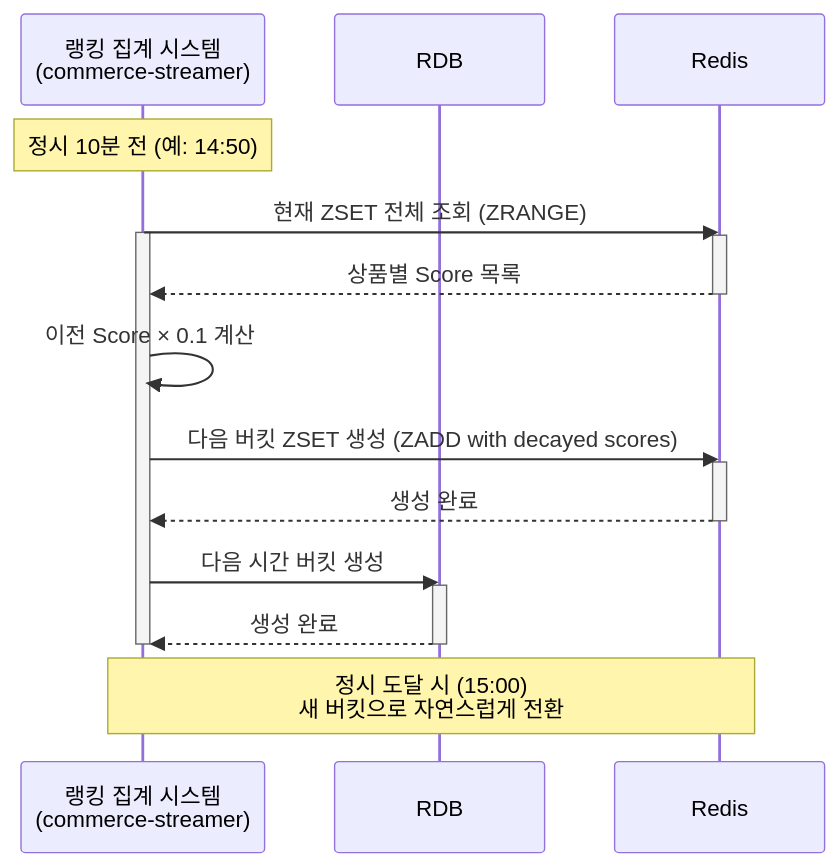
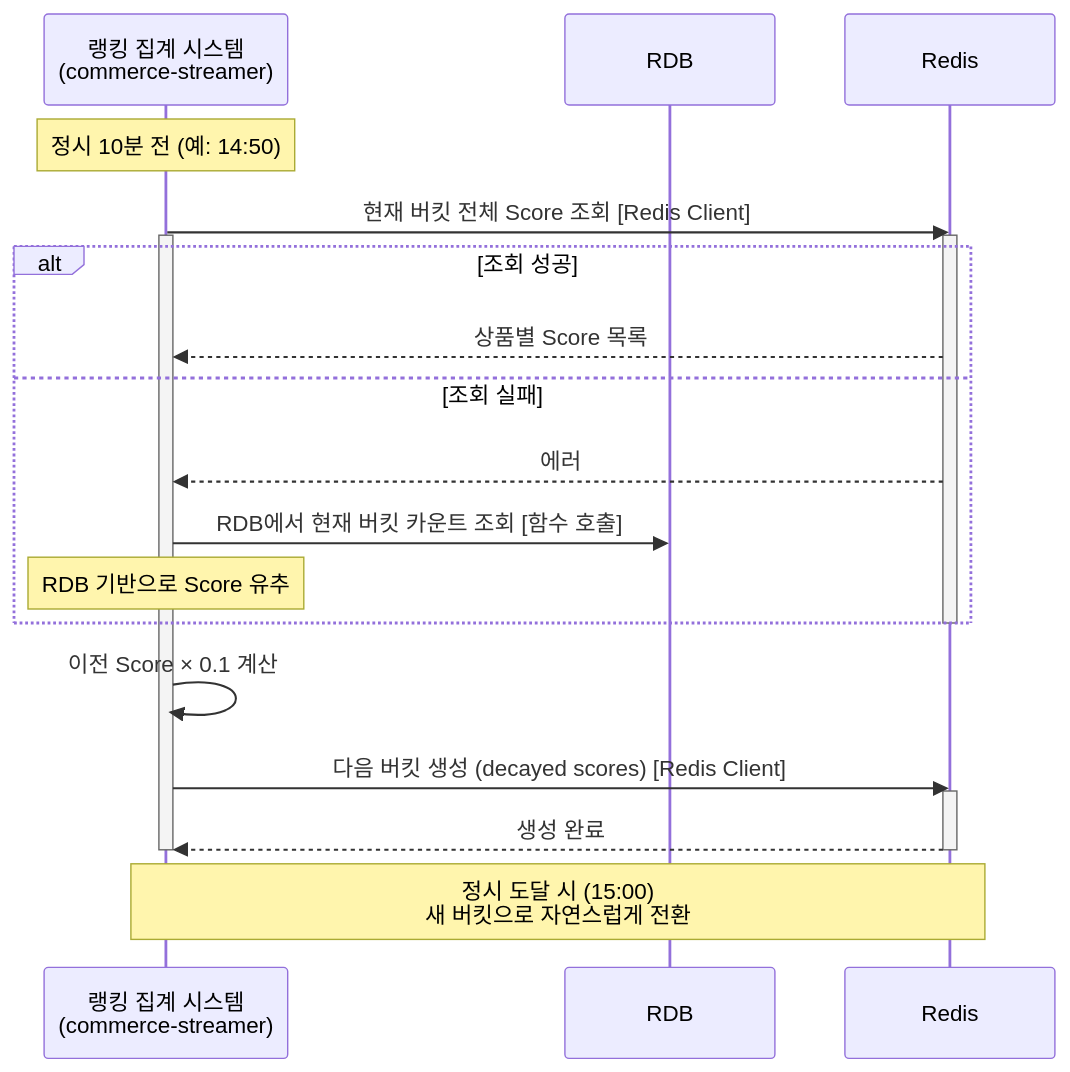
The second of 5 diagrams in docs/week9/solution-design-ranking-system.md (Loopers-dev-lab/loopers-spring-kotlin-template), drawn with Mermaid before and after one commit. The commit also changed other lines of this file and 5 other files, not shown here.

````diff
--- a/docs/week9/solution-design-ranking-system.md
+++ b/docs/week9/solution-design-ranking-system.md
@@ -183,29 +161,31 @@
 ```mermaid
 sequenceDiagram
     participant CS as 랭킹 집계 시스템<br/>(commerce-streamer)
     participant DB as RDB
     participant R as Redis
 
     Note over CS: 정시 10분 전 (예: 14:50)
 
-    CS->>R: 현재 ZSET 전체 조회 (ZRANGE)
+    CS->>R: 현재 버킷 전체 Score 조회 [Redis Client]
     activate CS
     activate R
-    R-->>CS: 상품별 Score 목록
+    
+    alt 조회 성공
+        R-->>CS: 상품별 Score 목록
+    else 조회 실패
+        R-->>CS: 에러
+        CS->>DB: RDB에서 현재 버킷 카운트 조회 [함수 호출]
+        Note over CS: RDB 기반으로 Score 유추
+    end
     deactivate R
     
     CS->>CS: 이전 Score × 0.1 계산
     
-    CS->>R: 다음 버킷 ZSET 생성 (ZADD with decayed scores)
+    CS->>R: 다음 버킷 생성 (decayed scores) [Redis Client]
     activate R
     R-->>CS: 생성 완료
     deactivate R
-    
-    CS->>DB: 다음 시간 버킷 생성
-    activate DB
-    DB-->>CS: 생성 완료
-    deactivate DB
     deactivate CS
 
     Note over CS,R: 정시 도달 시 (15:00)<br/>새 버킷으로 자연스럽게 전환
 ```
````
